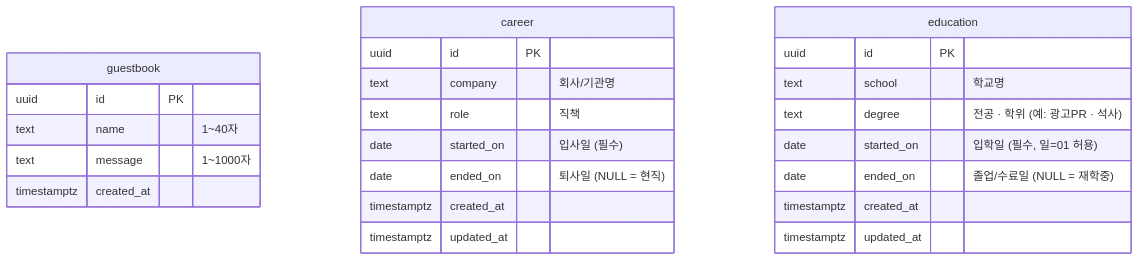
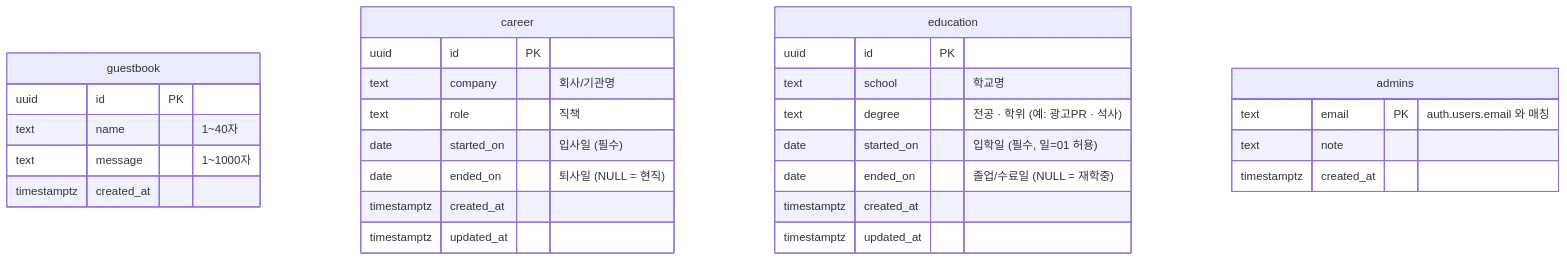
Before and after one commit to lsk0131-lang/portfolio: the diagram in docs/db/erd.md, drawn with Mermaid. The commit also changed other lines of this file and 25 other files, not shown here.

````diff
--- a/docs/db/erd.md
+++ b/docs/db/erd.md
@@ -7,29 +7,35 @@
 ```mermaid
 erDiagram
     guestbook {
         uuid        id           PK
         text        name         "1~40자"
         text        message      "1~1000자"
         timestamptz created_at
     }
 
     career {
         uuid        id           PK
         text        company      "회사/기관명"
         text        role         "직책"
         date        started_on   "입사일 (필수)"
         date        ended_on     "퇴사일 (NULL = 현직)"
         timestamptz created_at
         timestamptz updated_at
     }
 
     education {
         uuid        id           PK
         text        school       "학교명"
         text        degree       "전공 · 학위 (예: 광고PR · 석사)"
         date        started_on   "입학일 (필수, 일=01 허용)"
         date        ended_on     "졸업/수료일 (NULL = 재학중)"
         timestamptz created_at
         timestamptz updated_at
     }
+
+    admins {
+        text        email        PK  "auth.users.email 와 매칭"
+        text        note
+        timestamptz created_at
+    }
 ```
````
